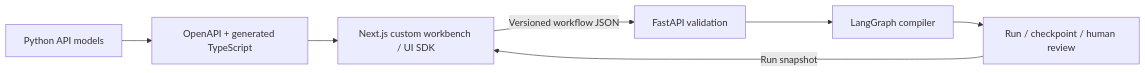
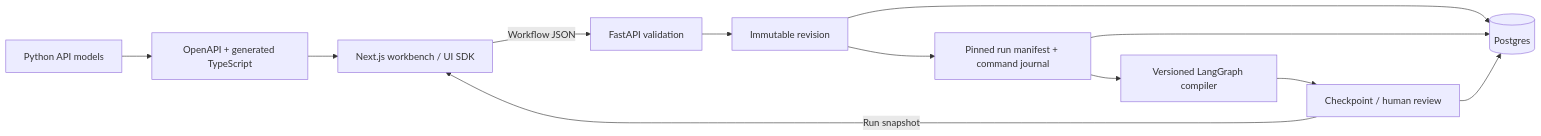
The diagram in docs/architecture.md (andersj05/ResearchChain), drawn with Mermaid before and after one commit. The commit also changed other lines of this file and 8 other files, not shown here.

````diff
--- a/docs/architecture.md
+++ b/docs/architecture.md
@@ -3,9 +3,14 @@
 ```mermaid
 flowchart LR
-  U[Next.js custom workbench / UI SDK] -->|Versioned workflow JSON| A[FastAPI validation]
-  A --> C[LangGraph compiler]
-  C --> R[Run / checkpoint / human review]
+  U[Next.js workbench / UI SDK] -->|Workflow JSON| A[FastAPI validation]
+  A --> V[Immutable revision]
+  V --> M[Pinned run manifest + command journal]
+  M --> C[Versioned LangGraph compiler]
+  C --> R[Checkpoint / human review]
   R -->|Run snapshot| U
+  V --> DB[(Postgres)]
+  M --> DB
+  R --> DB
   P[Python API models] --> O[OpenAPI + generated TypeScript]
   O --> U
 ```
````
